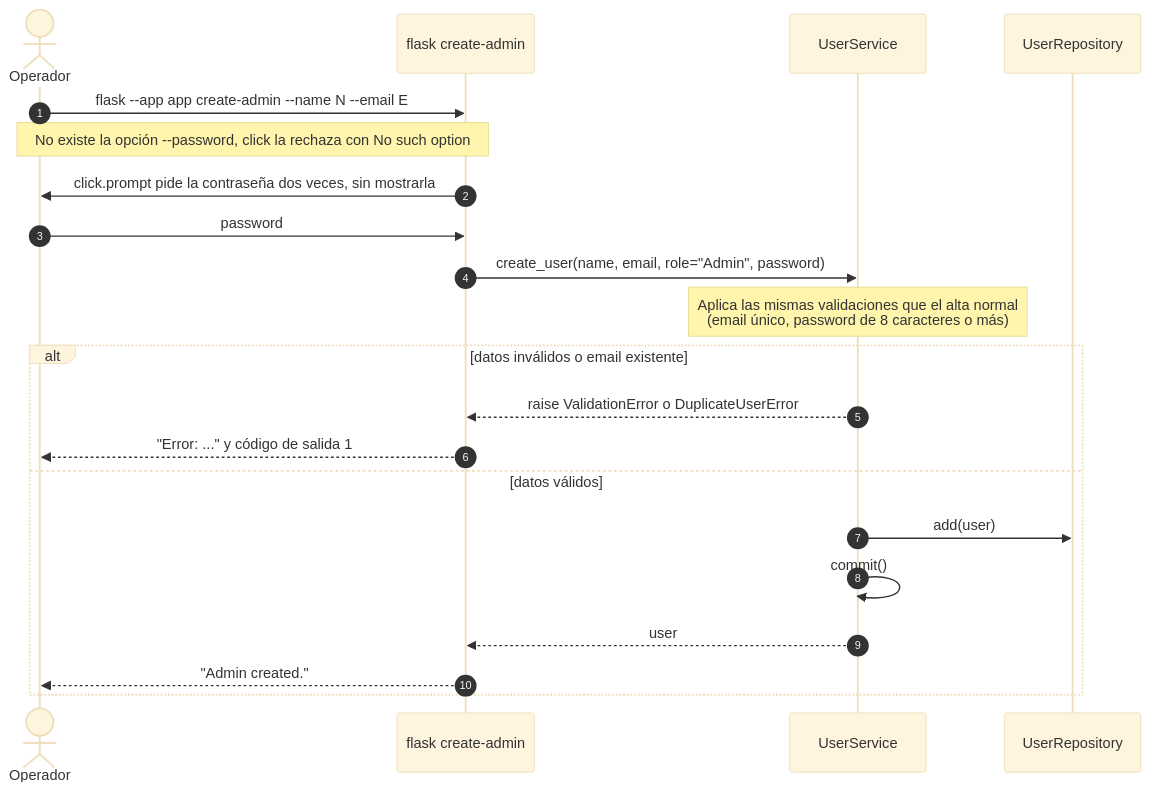
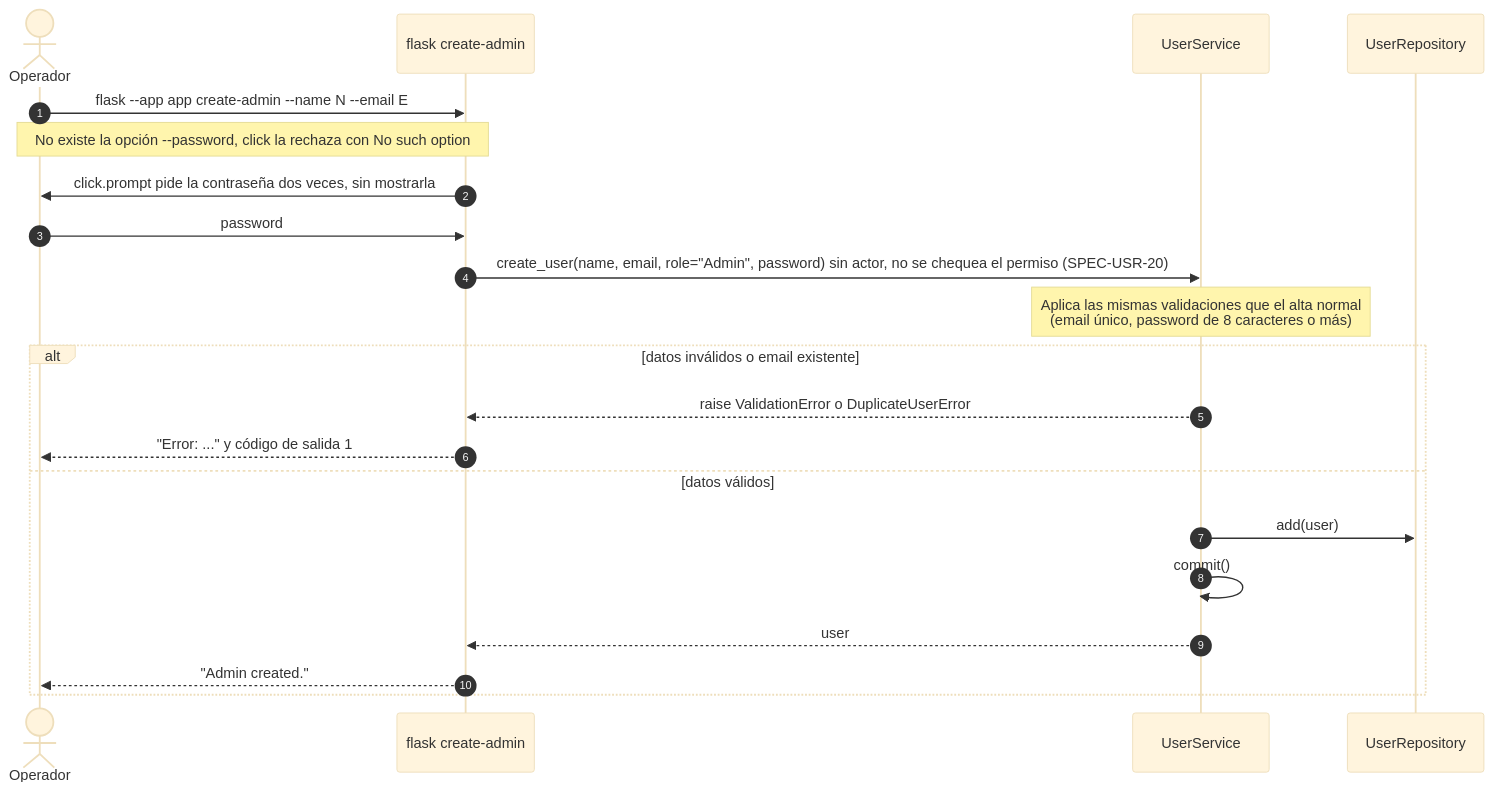
The fourth of 9 diagrams in diagrams/sequences/01-users.md (Diazfe-dev/AyED-III-python-ticket-service), drawn with Mermaid (base theme) before and after one commit. The commit also changed other lines of this file and 2 other files, not shown here.

Commit message:
docs(diagrams): user creation by representatives (T-USR-61)

````diff
--- a/diagrams/sequences/01-users.md
+++ b/diagrams/sequences/01-users.md
@@ -147,24 +153,24 @@
 ```mermaid
 sequenceDiagram
     autonumber
     actor Op as Operador
     participant CLI as flask create-admin
     participant US as UserService
     participant UR as UserRepository
 
     Op->>CLI: flask --app app create-admin --name N --email E
     Note over Op,CLI: No existe la opción --password, click la rechaza con No such option
     CLI->>Op: click.prompt pide la contraseña dos veces, sin mostrarla
     Op->>CLI: password
-    CLI->>US: create_user(name, email, role="Admin", password)
+    CLI->>US: create_user(name, email, role="Admin", password) sin actor, no se chequea el permiso (SPEC-USR-20)
     Note over US: Aplica las mismas validaciones que el alta normal<br/>(email único, password de 8 caracteres o más)
     alt datos inválidos o email existente
         US-->>CLI: raise ValidationError o DuplicateUserError
         CLI-->>Op: "Error: ..." y código de salida 1
     else datos válidos
         US->>UR: add(user)
         US->>US: commit()
         US-->>CLI: user
         CLI-->>Op: "Admin created."
     end
 ```
````
